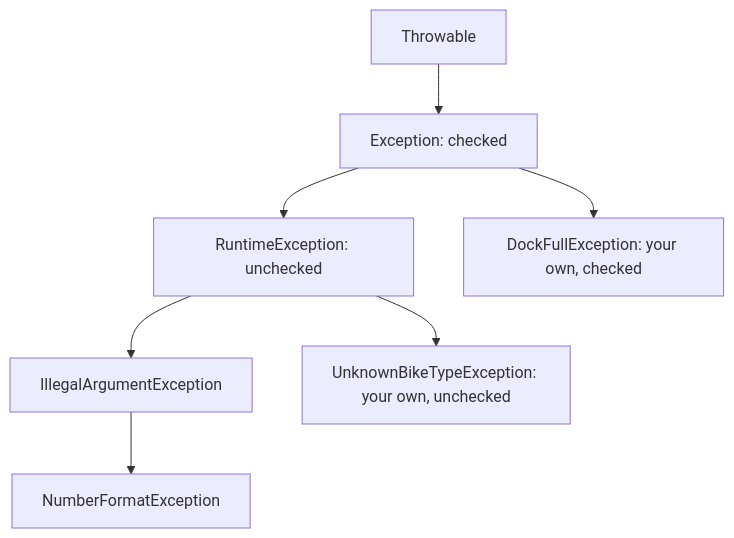
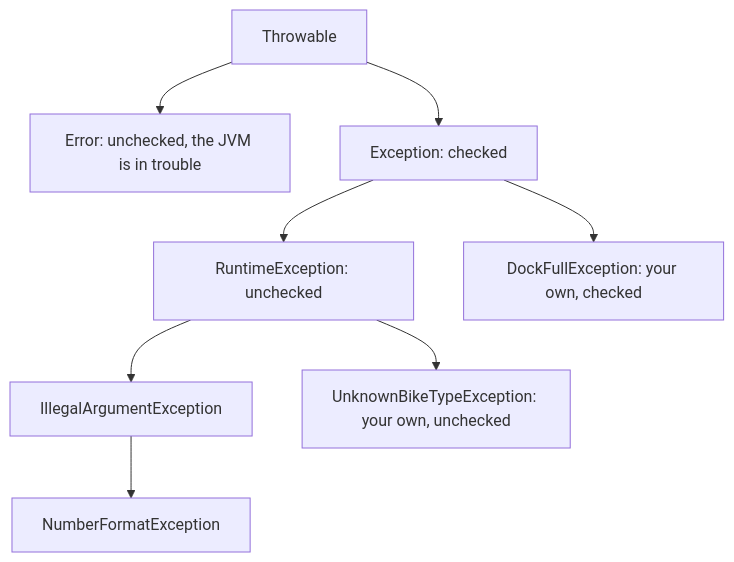
Before and after one commit to sahilbeg/JavaQuest: the diagram in content/module-03-core-java/topic-08-custom-exceptions/lesson.md, drawn with Mermaid. The commit also changed other lines of this file and 114 other files, not shown here.

````diff
--- a/content/module-03-core-java/topic-08-custom-exceptions/lesson.md
+++ b/content/module-03-core-java/topic-08-custom-exceptions/lesson.md
@@ -16,9 +17,10 @@
 ```mermaid
 flowchart TD
-  T["Throwable"] --> E["Exception: checked"]
+  T["Throwable"] --> X["Error: unchecked, the JVM is in trouble"]
+  T --> E["Exception: checked"]
   E --> R["RuntimeException: unchecked"]
   R --> I["IllegalArgumentException"]
   I --> N["NumberFormatException"]
   E --> D["DockFullException: your own, checked"]
   R --> U["UnknownBikeTypeException: your own, unchecked"]
 ```
````
